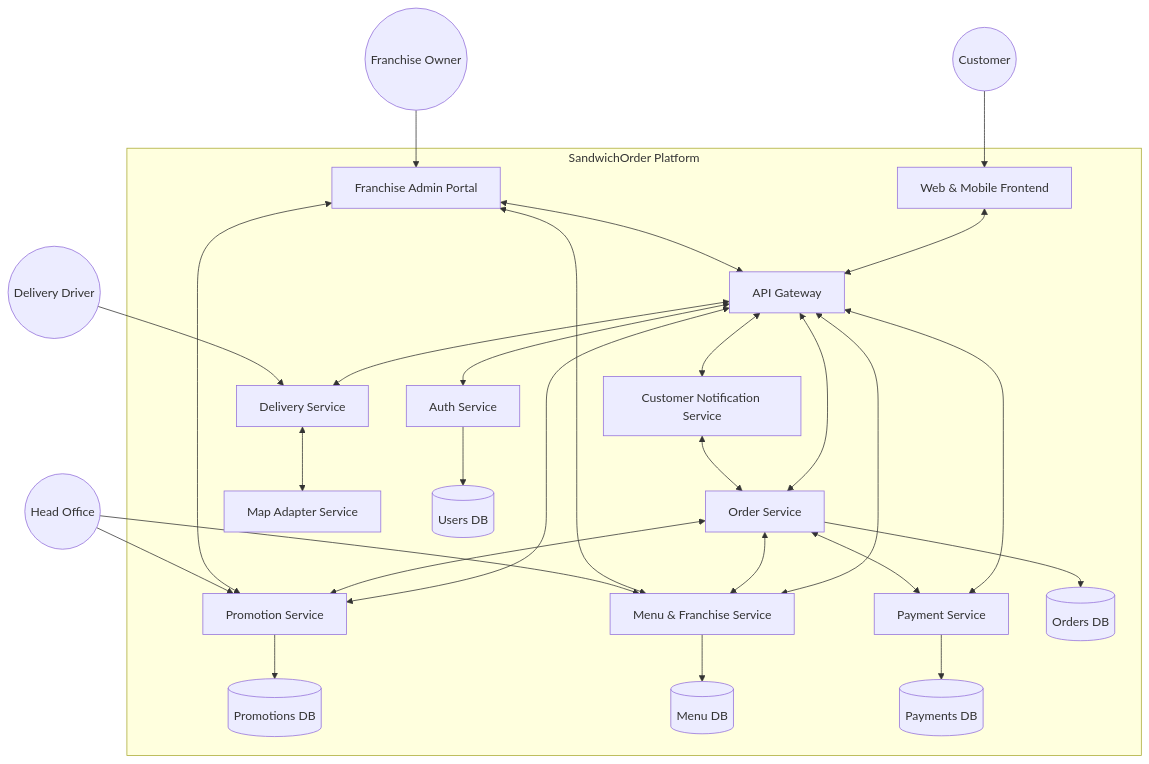
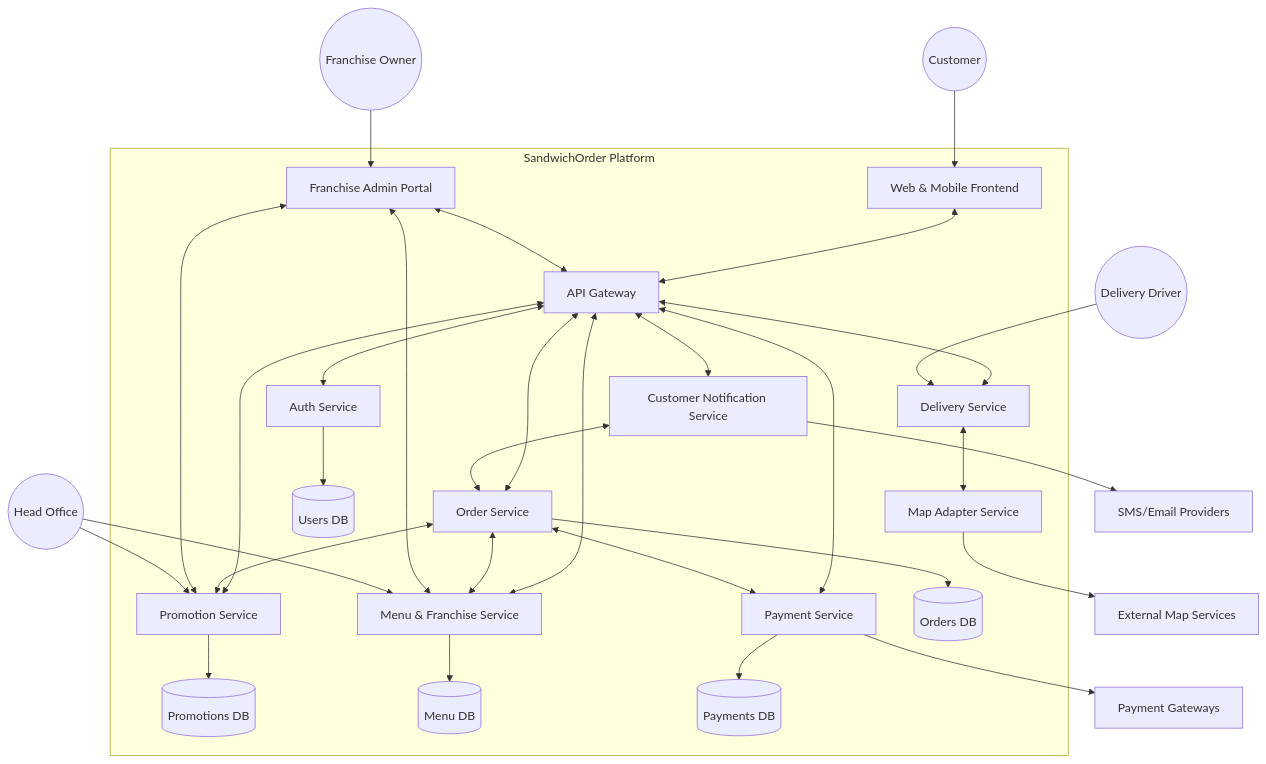
One commit to akislova11111/Microservise_architecture changed the diagram in README.md. Above: the diagram before and after it, drawn with Mermaid.

````diff
--- a/README.md
+++ b/README.md
@@ -194,52 +194,56 @@
 ```mermaid
 graph TD
   subgraph "SandwichOrder Platform"
     FE[Web & Mobile Frontend]
     AP[Franchise Admin Portal]
     GW[API Gateway]
     AS[Auth Service]
     OS[Order Service]
     MS[Menu & Franchise Service]
     PS[Promotion Service]
     PYS[Payment Service]
     DS[Delivery Service]
     MAS[Map Adapter Service]
     CNS[Customer Notification Service]
 
     ODB[(Orders DB)]
     UDB[(Users DB)]
     PRDB[(Promotions DB)]
     MDB[(Menu DB)]
     PAYDB[(Payments DB)]
 
     FE <--> GW
     AP <--> GW
     GW <--> AS
     GW <--> OS
     GW <--> MS
     GW <--> PS
     GW <--> PYS
     GW <--> DS
     GW <--> CNS
 
     OS --> ODB
     AS --> UDB
     PS --> PRDB
     MS --> MDB
     PYS --> PAYDB
 
     OS <--> MS
     OS <--> PS
     OS <--> PYS
     DS <--> MAS
     CNS <--> OS
     AP <--> MS
     AP <--> PS
   end
 
   Customer((Customer)) --> FE
   FranchiseOwner((Franchise Owner)) --> AP
   Driver((Delivery Driver)) --> DS
   HQ((Head Office)) --> PS
   HQ --> MS
+
+  MAS --> Maps[External Map Services]
+  PYS --> Payments[Payment Gateways]
+  CNS --> Notif[SMS/Email Providers]
 ```
````
